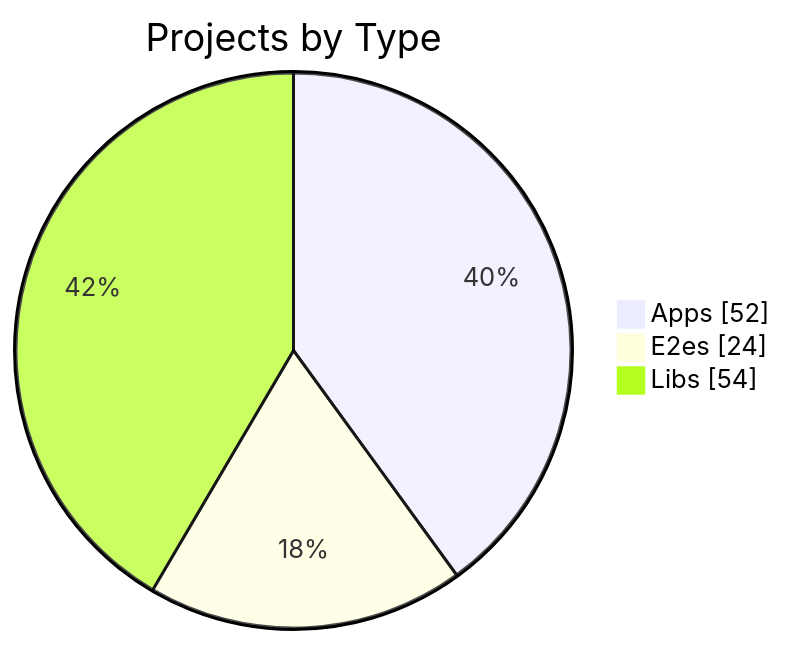
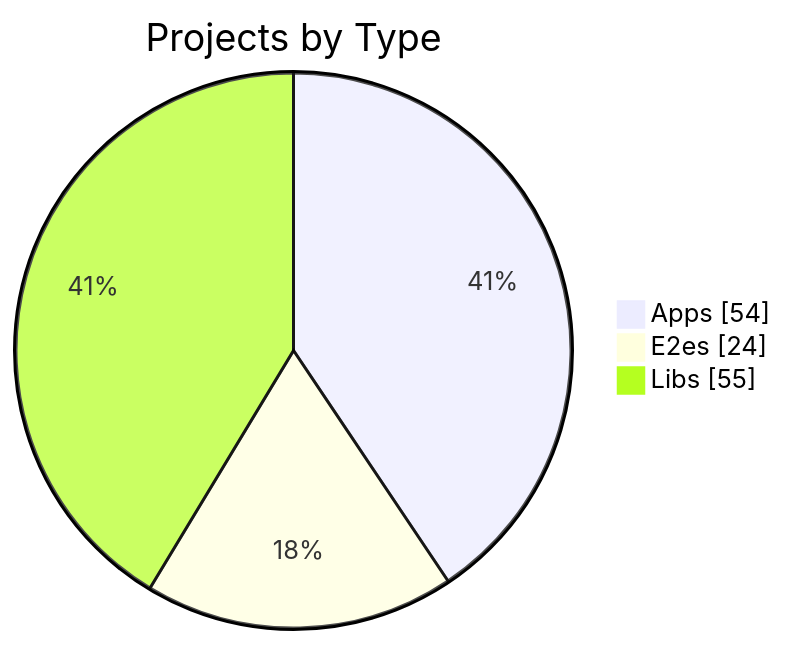
Before and after one commit to KBVE/kbve: the first of 3 diagrams in apps/kbve/astro-kbve/src/content/docs/dashboard/graph.mdx, drawn with Mermaid. The commit also changed other lines of this file and 8 other files, not shown here.

````diff
--- a/apps/kbve/astro-kbve/src/content/docs/dashboard/graph.mdx
+++ b/apps/kbve/astro-kbve/src/content/docs/dashboard/graph.mdx
@@ -56,7 +56,7 @@
 ```mermaid
 pie showData
     title Projects by Type
-    "Apps" : 52
+    "Apps" : 54
     "E2es" : 24
-    "Libs" : 54
+    "Libs" : 55
 ```
````
